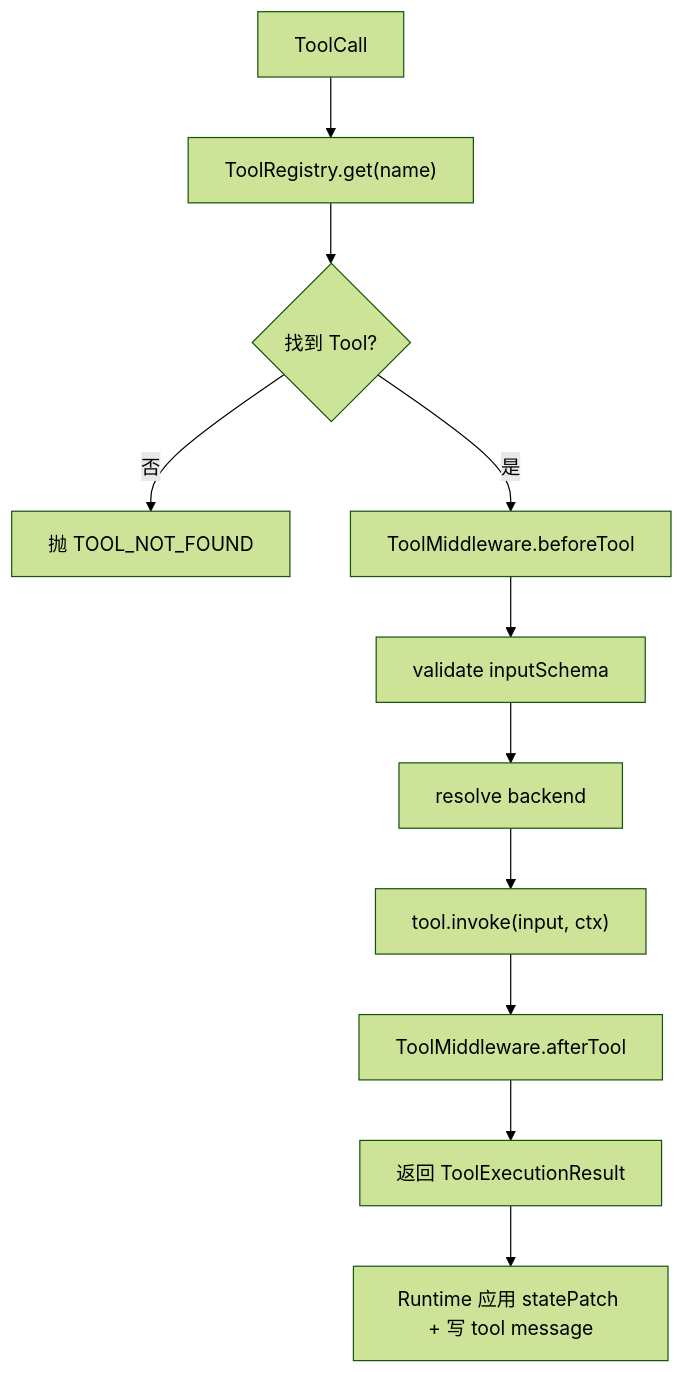
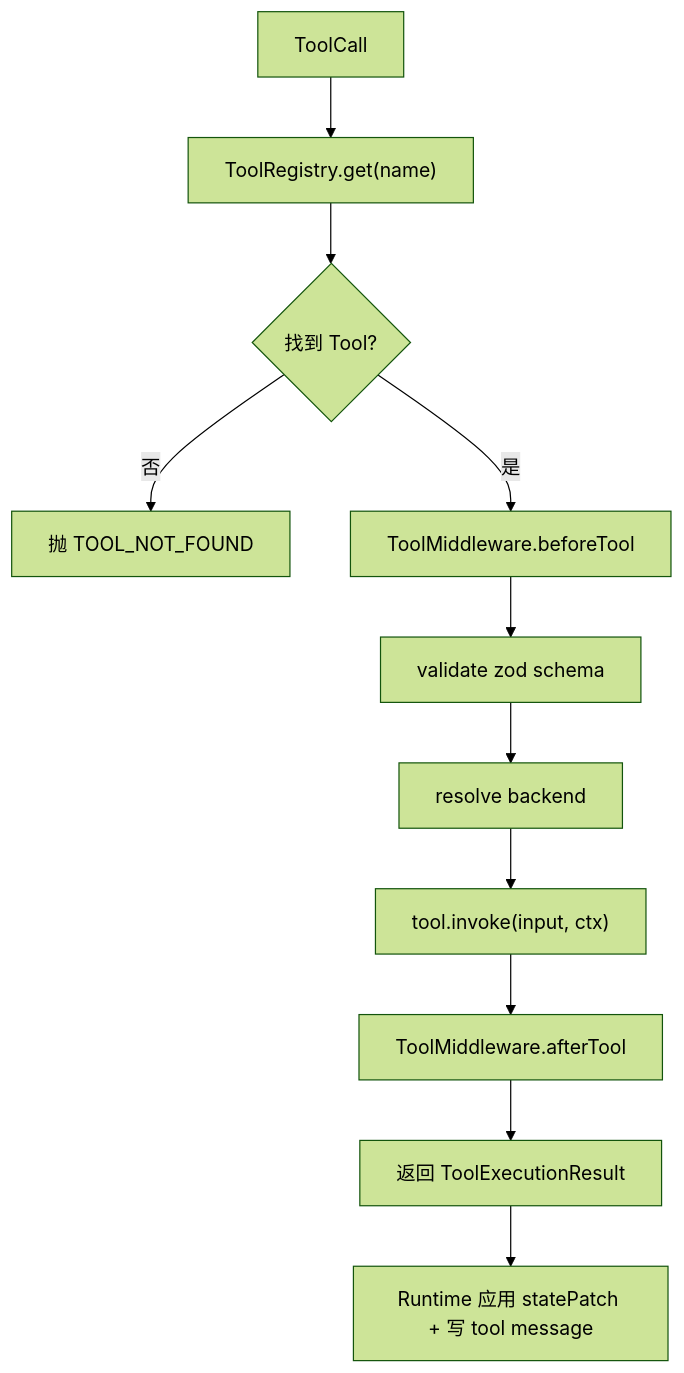
Before and after one commit to renxqoo/renx-code-v3: the second of 4 diagrams in doc/tool-execution-and-extensible-sandbox-design.md, drawn with Mermaid (forest theme). The commit also changed other lines of this file and 77 other files, not shown here.

First line of the commit message:
feat: align runtime context flow and enforce zod tool schemas

````diff
--- a/doc/tool-execution-and-extensible-sandbox-design.md
+++ b/doc/tool-execution-and-extensible-sandbox-design.md
@@ -301,13 +301,13 @@
 ```mermaid
 flowchart TD
     A["ToolCall"] --> B["ToolRegistry.get(name)"]
     B --> C{"找到 Tool?"}
     C -->|否| D["抛 TOOL_NOT_FOUND"]
     C -->|是| E["ToolMiddleware.beforeTool"]
-    E --> F["validate inputSchema"]
+    E --> F["validate zod schema"]
     F --> G["resolve backend"]
     G --> H["tool.invoke(input, ctx)"]
     H --> I["ToolMiddleware.afterTool"]
     I --> J["返回 ToolExecutionResult"]
     J --> K["Runtime 应用 statePatch + 写 tool message"]
 ```
````
